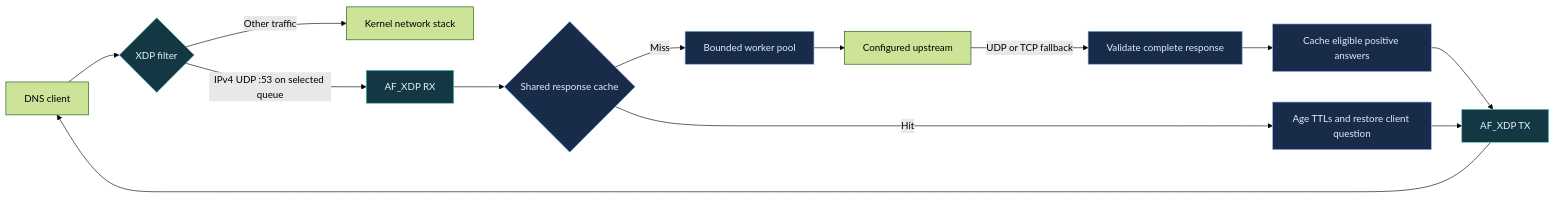
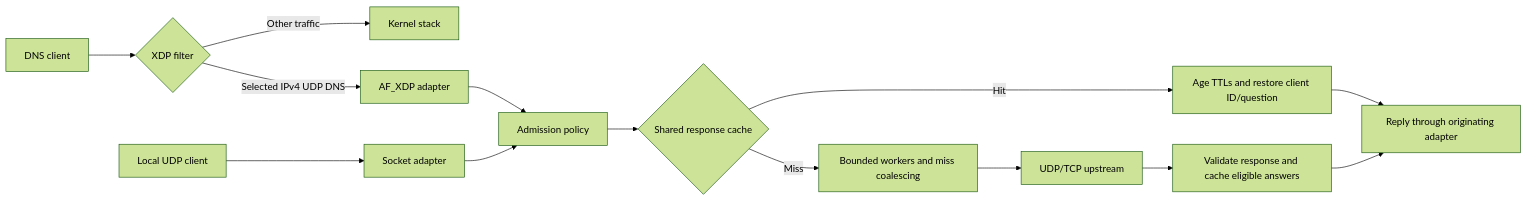
One commit to FireBall82/xdp-dns-accel changed the diagram in README.md. Above: the diagram before and after it, drawn with Mermaid (forest theme). The commit also changed other lines of this file and 2 other files, not shown here.

````diff
--- a/README.md
+++ b/README.md
@@ -239,20 +82,16 @@
 ```mermaid
 flowchart LR
     C[DNS client] --> X{XDP filter}
-    X -->|Other traffic| K[Kernel network stack]
-    X -->|IPv4 UDP :53 on selected queue| A[AF_XDP RX]
-    A --> H{Shared response cache}
-    H -->|Hit| T[Age TTLs and restore client question]
-    H -->|Miss| W[Bounded worker pool]
-    W --> U[Configured upstream]
-    U -->|UDP or TCP fallback| V[Validate complete response]
-    V --> P[Cache eligible positive answers]
-    P --> R[AF_XDP TX]
-    T --> R
-    R --> C
-
-    classDef packet fill:#143744,stroke:#59cabc,color:#e2f4fa
-    classDef cache fill:#182b48,stroke:#83afff,color:#e2ebff
-    class X,A,R packet
-    class H,T,W,V,P cache
+    X -->|Other traffic| K[Kernel stack]
+    X -->|Selected IPv4 UDP DNS| A[AF_XDP adapter]
+    L[Local UDP client] --> S[Socket adapter]
+    A --> P[Admission policy]
+    S --> P
+    P --> H{Shared response cache}
+    H -->|Hit| T[Age TTLs and restore client ID/question]
+    H -->|Miss| W[Bounded workers and miss coalescing]
+    W --> U[UDP/TCP upstream]
+    U --> V[Validate response and cache eligible answers]
+    T --> R[Reply through originating adapter]
+    V --> R
 ```
````
